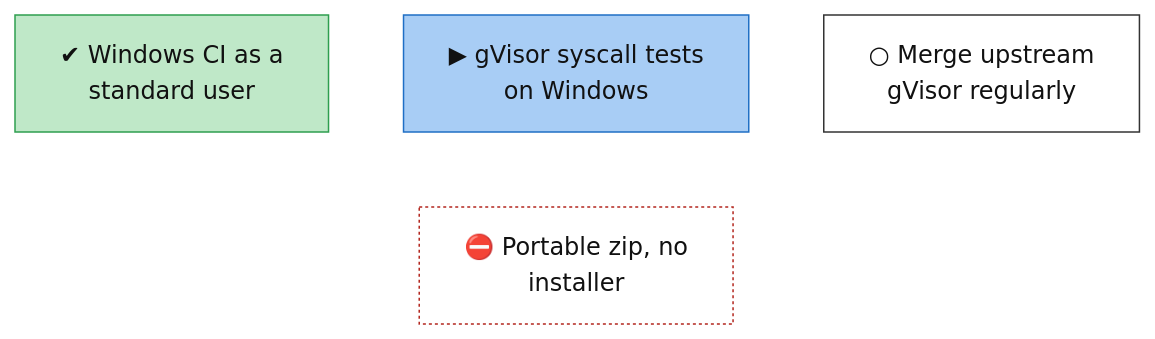
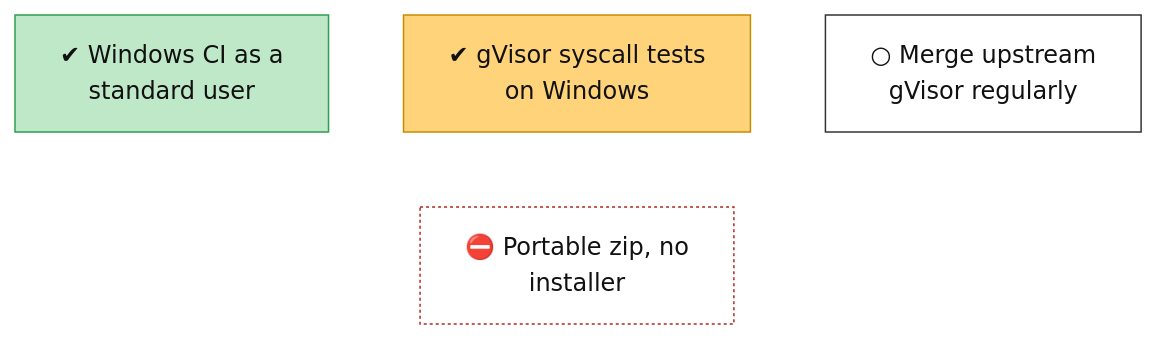
One commit to lhns/gvisor-windows changed the diagram in docs/roadmap/tracks/ops.md. Above: the diagram before and after it, drawn with Mermaid (base theme). The commit also changed other lines of this file and 7 other files, not shown here.

````diff
--- a/docs/roadmap/tracks/ops.md
+++ b/docs/roadmap/tracks/ops.md
@@ -10,28 +10,28 @@
 ```mermaid
 flowchart TB
     ops_windows_ci_standard_user["✔ Windows CI as a<br/>standard user"]
-    ops_syscall_tests_on_windows["▶ gVisor syscall tests<br/>on Windows"]
+    ops_syscall_tests_on_windows["✔ gVisor syscall tests<br/>on Windows"]
     ops_upstream_merges["○ Merge upstream<br/>gVisor regularly"]
     ops_portable_packaging["⛔ Portable zip, no<br/>installer"]
     ops_windows_ci_standard_user ~~~ ops_portable_packaging
     ops_syscall_tests_on_windows ~~~ ops_portable_packaging
     ops_upstream_merges ~~~ ops_portable_packaging
     classDef vsucc fill:#2e9e4f,stroke:#1b6b34,color:#fff
     classDef succ fill:#bfe8c8,stroke:#2e9e4f,color:#111
     classDef mixed fill:#ffd37a,stroke:#c98a00,color:#111
     classDef bad fill:#f28b82,stroke:#b3261e,color:#111
     classDef dead fill:#e6e6e6,stroke:#777,stroke-dasharray:5 5,color:#555
     classDef inprog fill:#a8cdf5,stroke:#1f6fc5,color:#111
     classDef next fill:#fff,stroke:#333,color:#111
     classDef blocked fill:#fff,stroke:#b3261e,stroke-dasharray:2 2,color:#111
     classDef parked fill:#f3f3f3,stroke:#999,color:#555
     classDef unrated fill:#fff,stroke:#333,stroke-dasharray:1 3,color:#111
     classDef gate fill:#d9c2f0,stroke:#7b3fb5,color:#111
     classDef decided fill:#ece0f7,stroke:#7b3fb5,stroke-dasharray:2 2,color:#111
     classDef finding fill:#ffe0b2,stroke:#d84315,stroke-width:2px,color:#111
     classDef waiting fill:#e3f2fd,stroke:#1f6fc5,stroke-dasharray:5 5,color:#111
     class ops_windows_ci_standard_user succ
-    class ops_syscall_tests_on_windows inprog
+    class ops_syscall_tests_on_windows mixed
     class ops_upstream_merges next
     class ops_portable_packaging blocked
 ```
````
